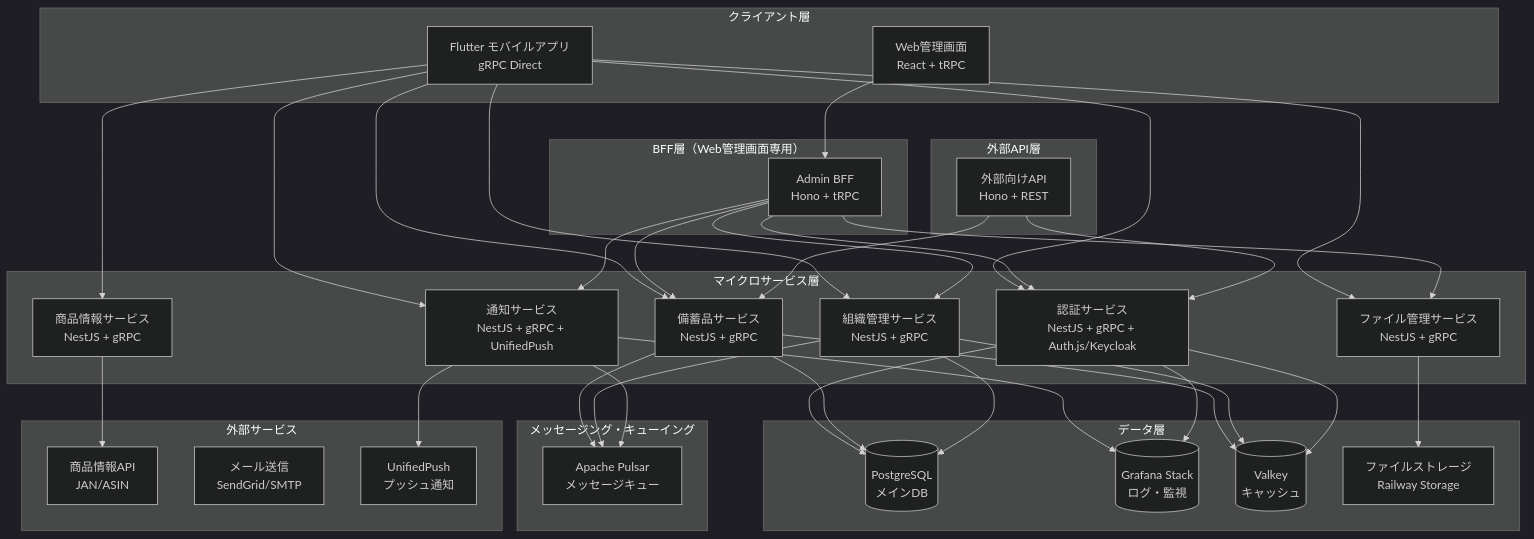
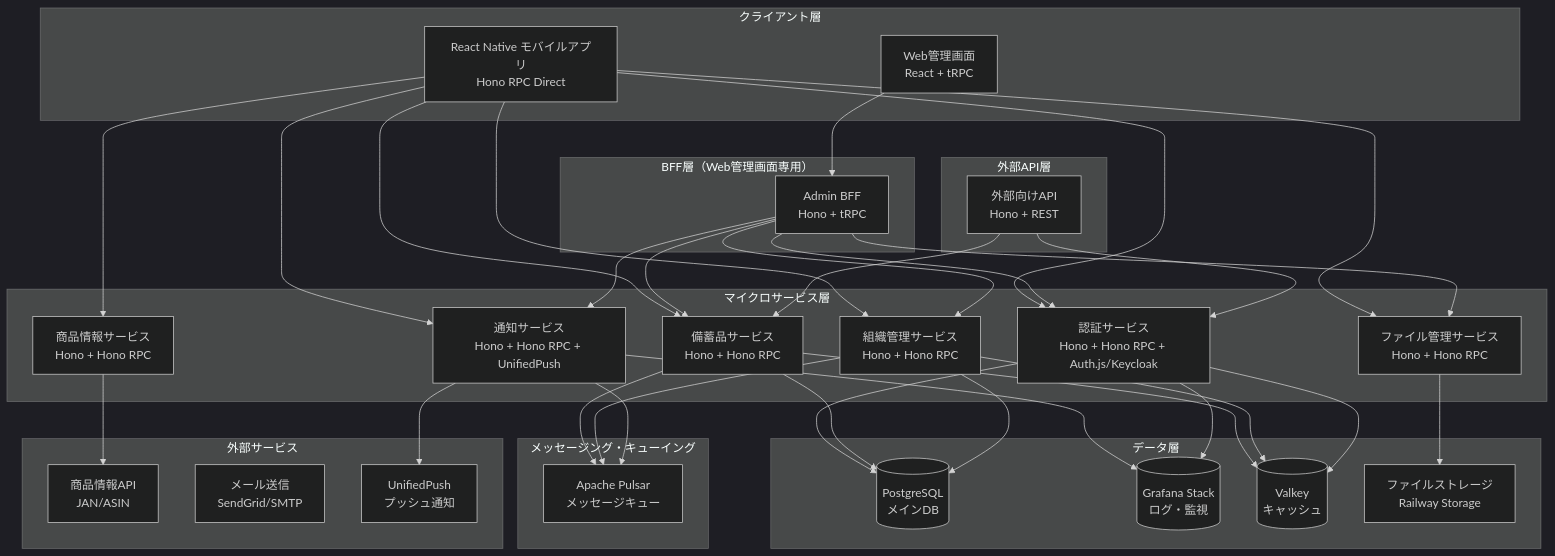
One commit to TakashiAihara/preppin changed the first of 3 diagrams in .kiro/specs/inventory-management/design.md. Above: the diagram before and after it, drawn with Mermaid (dark theme). The commit also changed other lines of this file and 3 other files, not shown here.

First line of the commit message:
Create comprehensive coding standards and convert to React Native (#2)

````diff
--- a/.kiro/specs/inventory-management/design.md
+++ b/.kiro/specs/inventory-management/design.md
@@ -11,7 +11,7 @@
 ```mermaid
 graph TB
     subgraph "クライアント層"
-        FLUTTER[Flutter モバイルアプリ<br/>gRPC Direct]
+        RN[React Native モバイルアプリ<br/>Hono RPC Direct]
         WEB[Web管理画面<br/>React + tRPC]
     end
     
@@ -24,12 +24,12 @@
     end
     
     subgraph "マイクロサービス層"
-        AUTH_SVC[認証サービス<br/>NestJS + gRPC + Auth.js/Keycloak]
-        INV_SVC[備蓄品サービス<br/>NestJS + gRPC]
-        ORG_SVC[組織管理サービス<br/>NestJS + gRPC]
-        NOTIFY_SVC[通知サービス<br/>NestJS + gRPC + UnifiedPush]
-        FILE_SVC[ファイル管理サービス<br/>NestJS + gRPC]
-        PRODUCT_SVC[商品情報サービス<br/>NestJS + gRPC]
+        AUTH_SVC[認証サービス<br/>Hono + Hono RPC + Auth.js/Keycloak]
+        INV_SVC[備蓄品サービス<br/>Hono + Hono RPC]
+        ORG_SVC[組織管理サービス<br/>Hono + Hono RPC]
+        NOTIFY_SVC[通知サービス<br/>Hono + Hono RPC + UnifiedPush]
+        FILE_SVC[ファイル管理サービス<br/>Hono + Hono RPC]
+        PRODUCT_SVC[商品情報サービス<br/>Hono + Hono RPC]
     end
     
     subgraph "データ層"
@@ -49,13 +49,13 @@
         UNIFIED_PUSH[UnifiedPush<br/>プッシュ通知]
     end
     
-    %% Flutter直接gRPC通信
-    FLUTTER --> AUTH_SVC
-    FLUTTER --> INV_SVC
-    FLUTTER --> ORG_SVC
-    FLUTTER --> NOTIFY_SVC
-    FLUTTER --> FILE_SVC
-    FLUTTER --> PRODUCT_SVC
+    %% React Native直接Hono RPC通信
+    RN --> AUTH_SVC
+    RN --> INV_SVC
+    RN --> ORG_SVC
+    RN --> NOTIFY_SVC
+    RN --> FILE_SVC
+    RN --> PRODUCT_SVC
     
     %% Web管理画面はBFF経由
     WEB --> ADMIN_BFF
````
